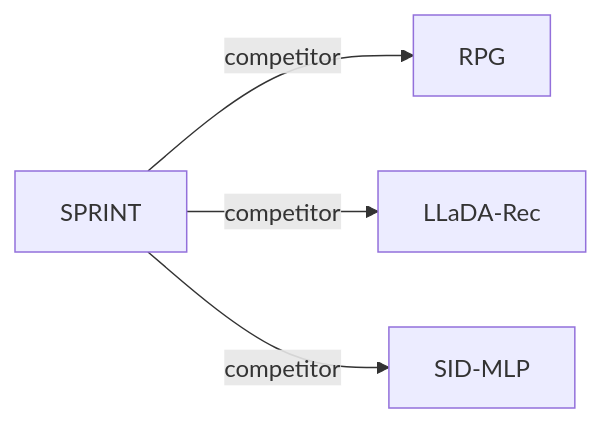
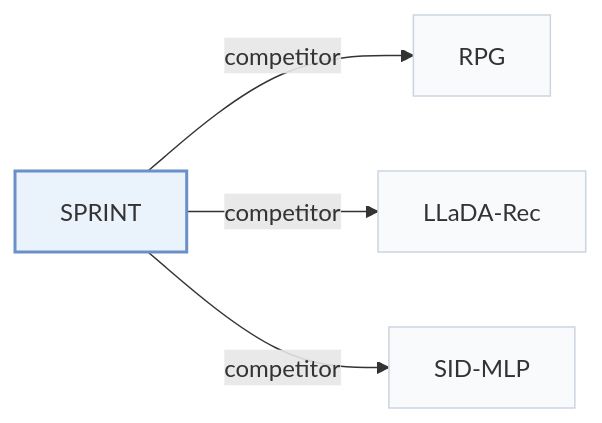
The second of 2 diagrams in pages/papers/sprint.md (Galaxy-ghost/Awesome-SID-Generative-Rec), drawn with Mermaid before and after one commit. The commit also changed other lines of this file and 649 other files, not shown here.

Commit message:
writer-05: also tags and modality index (schema, check, build, visuals); summary field removed; calibration data for 12 papers

````diff
--- a/pages/papers/sprint.md
+++ b/pages/papers/sprint.md
@@ -67,7 +74,11 @@
 ```mermaid
 flowchart LR
     P["SPRINT"]
-    P -->|competitor| A["RPG"]
-    P -->|competitor| B["LLaDA-Rec"]
-    P -->|competitor| C["SID-MLP"]
+    P -->|"competitor"| A["RPG"]
+    P -->|"competitor"| B["LLaDA-Rec"]
+    P -->|"competitor"| C["SID-MLP"]
+    classDef main fill:#eaf2fb,stroke:#6b8fc7,stroke-width:2px
+    classDef peer fill:#f8fafc,stroke:#cbd5e1
+    class P main
+    class A,B,C peer
 ```
````
